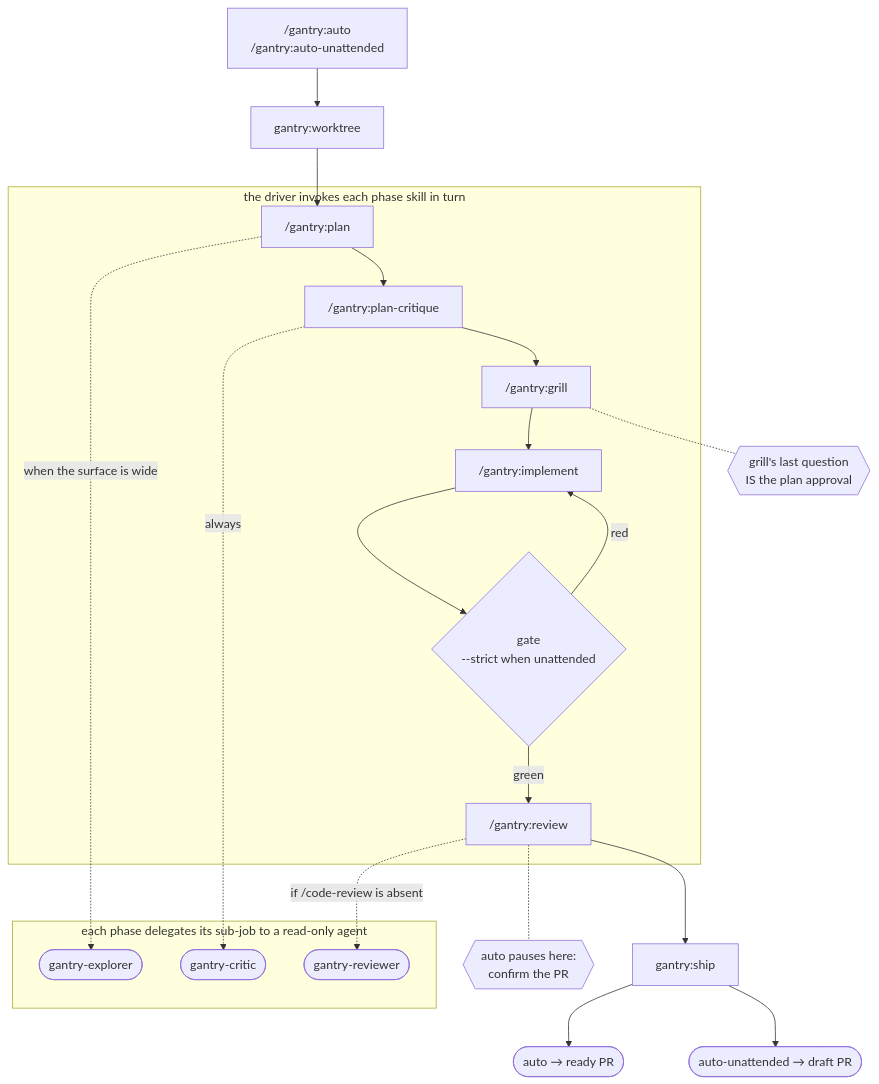
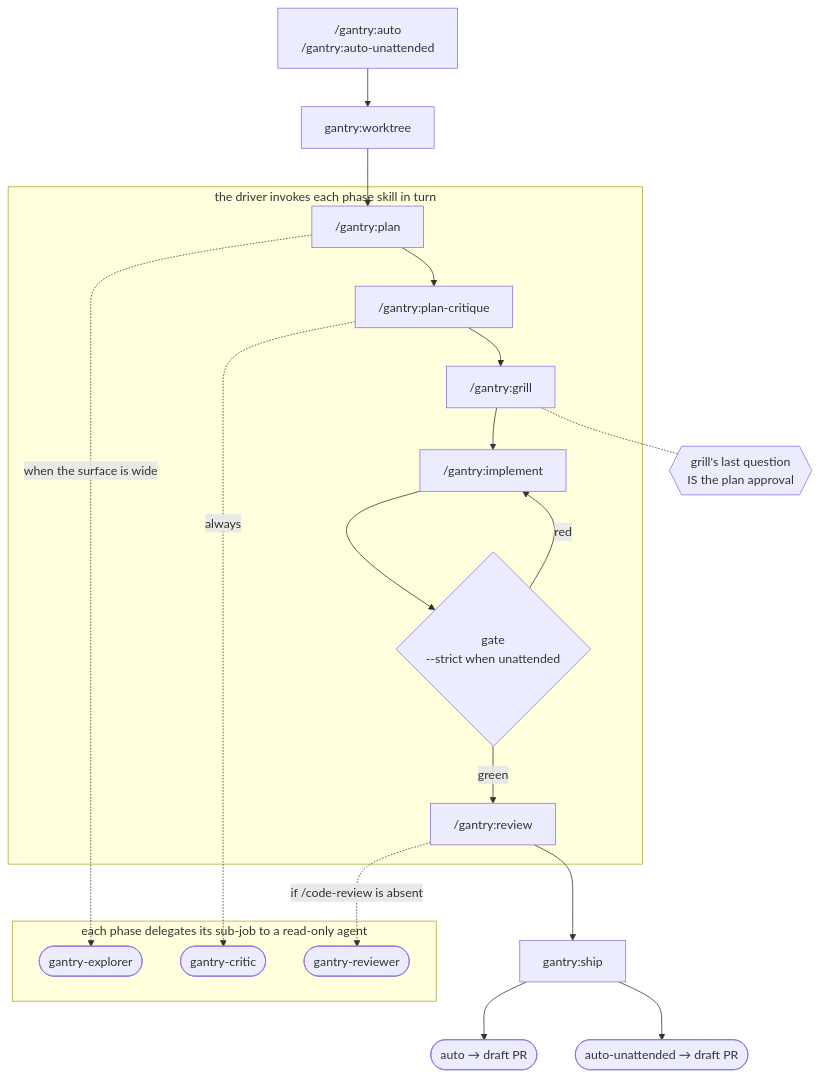
One commit to kostya-epifanov/claude-gantry changed the second of 3 diagrams in docs/ARCHITECTURE.md. Above: the diagram before and after it, drawn with Mermaid. The commit also changed other lines of this file and 7 other files, not shown here.

First line of the commit message:
auto: drop the pre-ship checkpoint, open the PR as a draft

````diff
--- a/docs/ARCHITECTURE.md
+++ b/docs/ARCHITECTURE.md
@@ -150,25 +149,24 @@
 ```mermaid
 flowchart TD
   E["/gantry:auto<br/>/gantry:auto-unattended"] --> W["gantry:worktree"]
   subgraph D ["the driver invokes each phase skill in turn"]
     P["/gantry:plan"] --> PC["/gantry:plan-critique"] --> G["/gantry:grill"]
     G --> I["/gantry:implement"]
     I --> GATE{"gate<br/>--strict when unattended"}
     GATE -- "red" --> I
     GATE -- "green" --> R["/gantry:review"]
   end
   subgraph AG ["each phase delegates its sub-job to a read-only agent"]
     EX(["gantry-explorer"])
     C(["gantry-critic"])
     RV(["gantry-reviewer"])
   end
   P -. "when the surface is wide" .-> EX
   PC -. "always" .-> C
   R -. "if /code-review is absent" .-> RV
   W --> P
   G -.- K1{{"grill's last question<br/>IS the plan approval"}}
-  R -.- K2{{"auto pauses here:<br/>confirm the PR"}}
   R --> S["gantry:ship"]
-  S --> A(["auto → ready PR"])
+  S --> A(["auto → draft PR"])
   S --> U(["auto-unattended → draft PR"])
 ```
````
